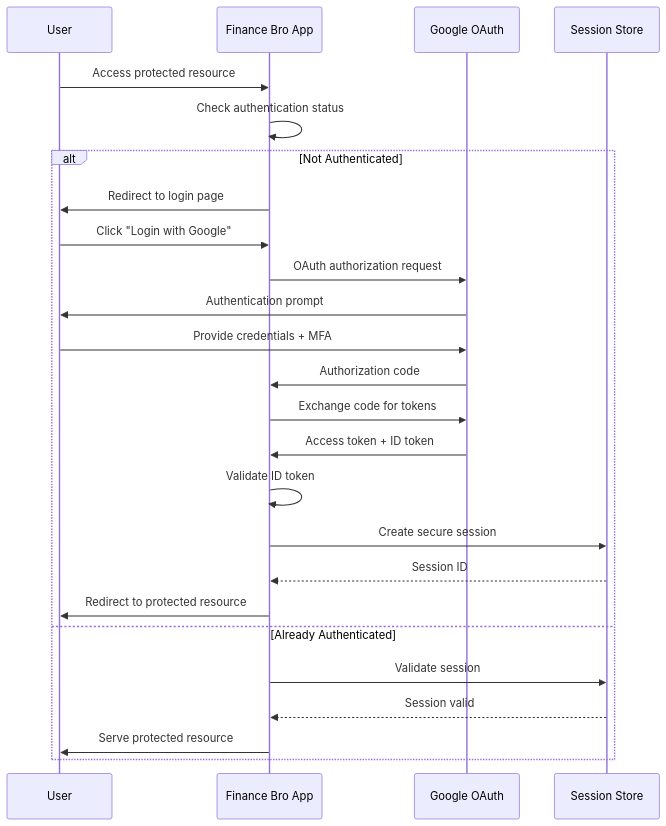
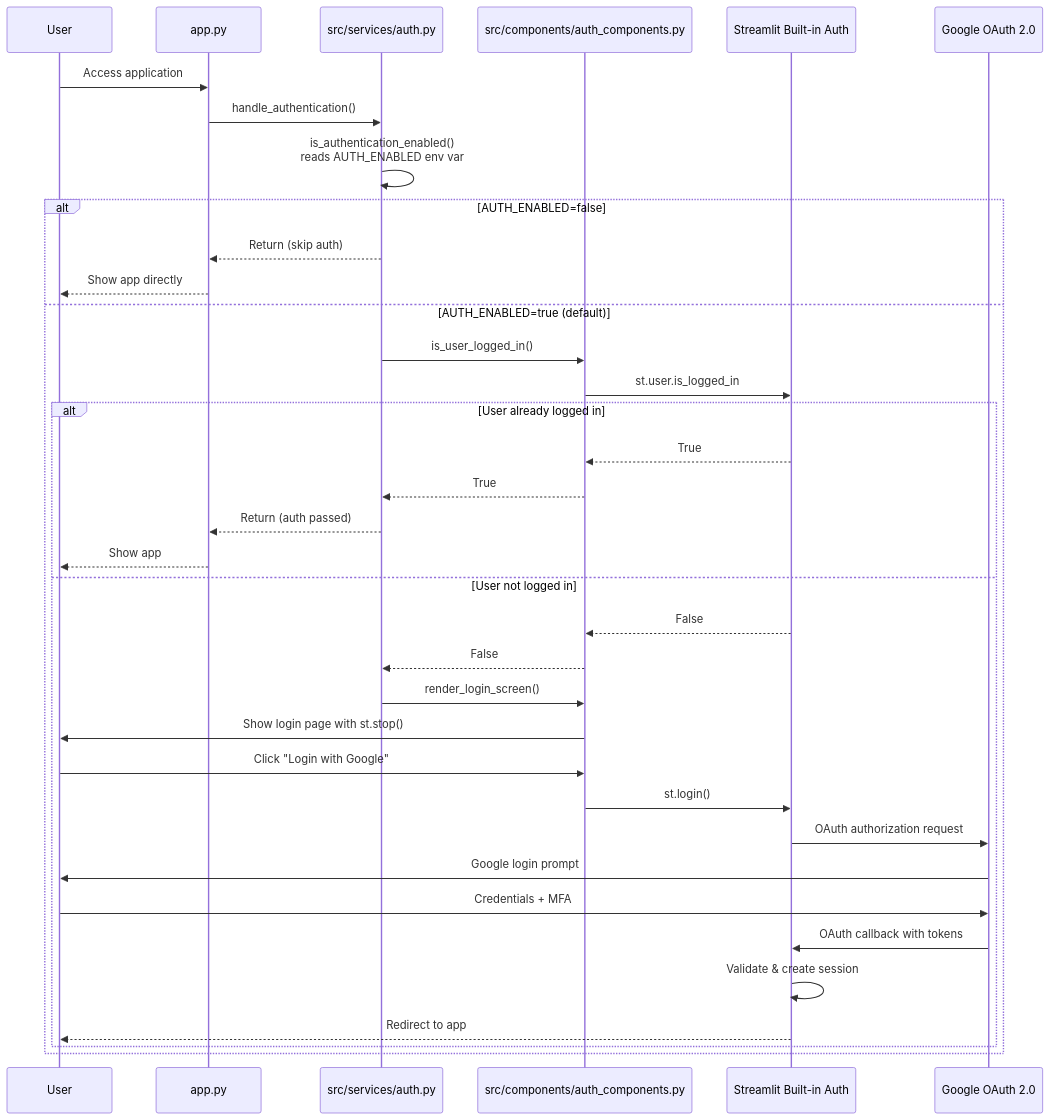
The third of 3 diagrams in docs/architecture/06-security-architecture.md (gahoccode/finance-bro), drawn with Mermaid before and after one commit. The commit also changed other lines of this file and 1 other file, not shown here.

First line of the commit message:
docs: rewrite security architecture to match actual implementation

````diff
--- a/docs/architecture/06-security-architecture.md
+++ b/docs/architecture/06-security-architecture.md
@@ -72,28 +79,41 @@
 ```mermaid
 sequenceDiagram
     participant User
-    participant App as Finance Bro App
-    participant Google as Google OAuth
-    participant Session as Session Store
+    participant app.py
+    participant auth.py as src/services/auth.py
+    participant auth_comp as src/components/auth_components.py
+    participant Streamlit as Streamlit Built-in Auth
+    participant Google as Google OAuth 2.0
 
-    User->>App: Access protected resource
-    App->>App: Check authentication status
-    alt Not Authenticated
-        App->>User: Redirect to login page
-        User->>App: Click "Login with Google"
-        App->>Google: OAuth authorization request
-        Google->>User: Authentication prompt
-        User->>Google: Provide credentials + MFA
-        Google->>App: Authorization code
-        App->>Google: Exchange code for tokens
-        Google->>App: Access token + ID token
-        App->>App: Validate ID token
-        App->>Session: Create secure session
-        Session-->>App: Session ID
-        App->>User: Redirect to protected resource
-    else Already Authenticated
-        App->>Session: Validate session
-        Session-->>App: Session valid
-        App->>User: Serve protected resource
+    User->>app.py: Access application
+    app.py->>auth.py: handle_authentication()
+    auth.py->>auth.py: is_authentication_enabled()<br/>reads AUTH_ENABLED env var
+
+    alt AUTH_ENABLED=false
+        auth.py-->>app.py: Return (skip auth)
+        app.py-->>User: Show app directly
+    else AUTH_ENABLED=true (default)
+        auth.py->>auth_comp: is_user_logged_in()
+        auth_comp->>Streamlit: st.user.is_logged_in
+
+        alt User already logged in
+            Streamlit-->>auth_comp: True
+            auth_comp-->>auth.py: True
+            auth.py-->>app.py: Return (auth passed)
+            app.py-->>User: Show app
+        else User not logged in
+            Streamlit-->>auth_comp: False
+            auth_comp-->>auth.py: False
+            auth.py->>auth_comp: render_login_screen()
+            auth_comp->>User: Show login page with st.stop()
+            User->>auth_comp: Click "Login with Google"
+            auth_comp->>Streamlit: st.login()
+            Streamlit->>Google: OAuth authorization request
+            Google->>User: Google login prompt
+            User->>Google: Credentials + MFA
+            Google->>Streamlit: OAuth callback with tokens
+            Streamlit->>Streamlit: Validate & create session
+            Streamlit-->>User: Redirect to app
+        end
     end
 ```
````
